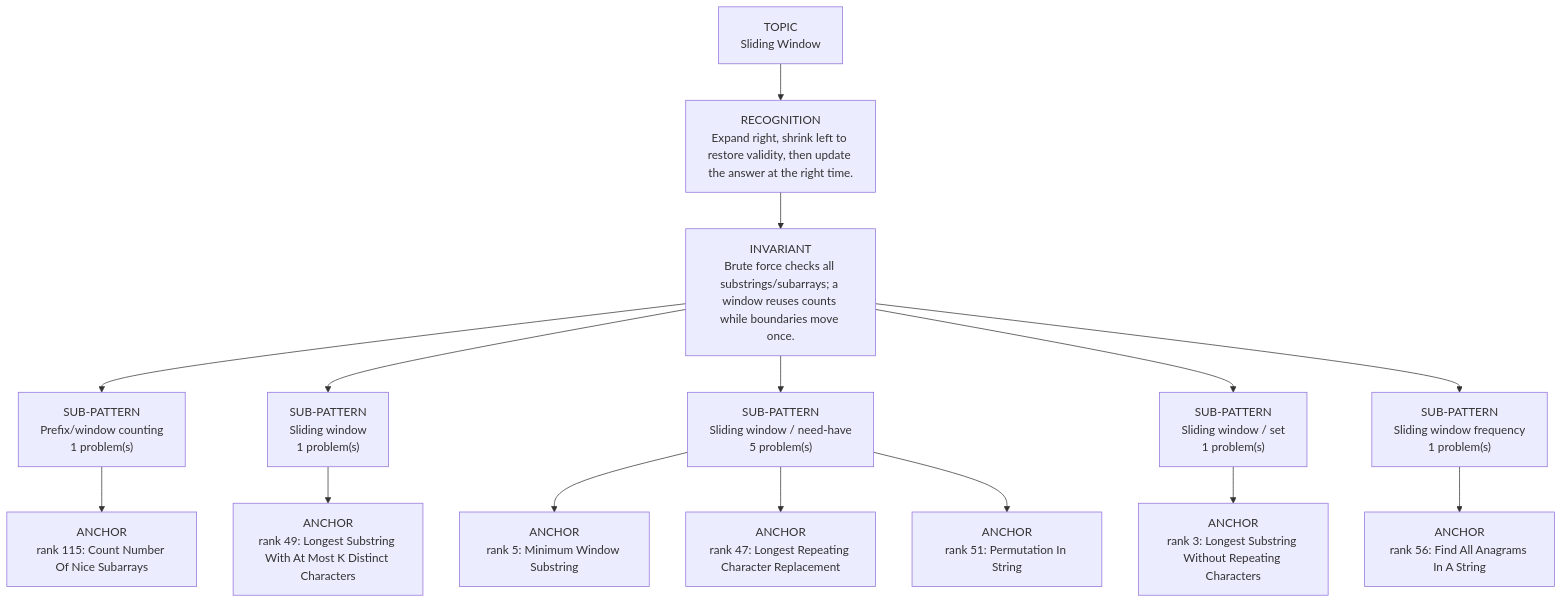
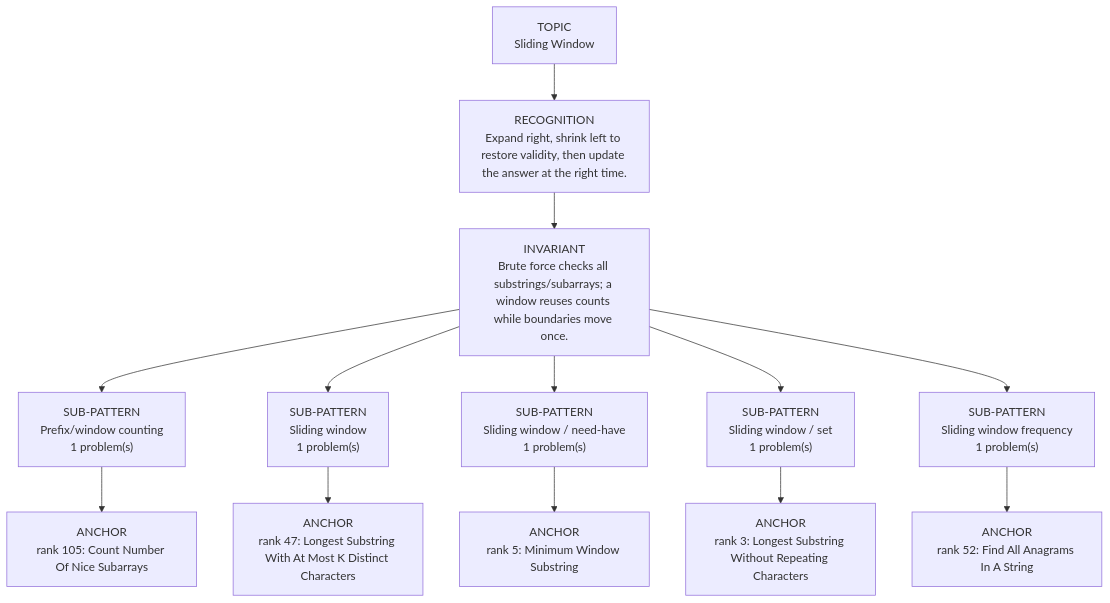
One commit to thechiranjeevjain/DSA10days changed the diagram in dsa-review/interview/patterns/03_sliding_window.md. Above: the diagram before and after it, drawn with Mermaid. The commit also changed other lines of this file and 61 other files, not shown here.

````diff
--- a/dsa-review/interview/patterns/03_sliding_window.md
+++ b/dsa-review/interview/patterns/03_sliding_window.md
@@ -15,19 +15,17 @@
 ```mermaid
 flowchart TD
   Topic["TOPIC<br/>Sliding Window"]
   Recognition["RECOGNITION<br/>Expand right, shrink left to restore validity, then update the answer at the right time."]
   Invariant["INVARIANT<br/>Brute force checks all substrings/subarrays; a window reuses counts while boundaries move once."]
   Topic --> Recognition --> Invariant
   Invariant --> Sub01["SUB-PATTERN<br/>Prefix/window counting<br/>1 problem(s)"]
-  Sub01 --> Sub01A01["ANCHOR<br/>rank 115: Count Number Of Nice Subarrays"]
+  Sub01 --> Sub01A01["ANCHOR<br/>rank 105: Count Number Of Nice Subarrays"]
   Invariant --> Sub02["SUB-PATTERN<br/>Sliding window<br/>1 problem(s)"]
-  Sub02 --> Sub02A01["ANCHOR<br/>rank 49: Longest Substring With At Most K Distinct Characters"]
-  Invariant --> Sub03["SUB-PATTERN<br/>Sliding window / need-have<br/>5 problem(s)"]
+  Sub02 --> Sub02A01["ANCHOR<br/>rank 47: Longest Substring With At Most K Distinct Characters"]
+  Invariant --> Sub03["SUB-PATTERN<br/>Sliding window / need-have<br/>1 problem(s)"]
   Sub03 --> Sub03A01["ANCHOR<br/>rank 5: Minimum Window Substring"]
-  Sub03 --> Sub03A02["ANCHOR<br/>rank 47: Longest Repeating Character Replacement"]
-  Sub03 --> Sub03A03["ANCHOR<br/>rank 51: Permutation In String"]
   Invariant --> Sub04["SUB-PATTERN<br/>Sliding window / set<br/>1 problem(s)"]
   Sub04 --> Sub04A01["ANCHOR<br/>rank 3: Longest Substring Without Repeating Characters"]
   Invariant --> Sub05["SUB-PATTERN<br/>Sliding window frequency<br/>1 problem(s)"]
-  Sub05 --> Sub05A01["ANCHOR<br/>rank 56: Find All Anagrams In A String"]
+  Sub05 --> Sub05A01["ANCHOR<br/>rank 52: Find All Anagrams In A String"]
 ```
````
